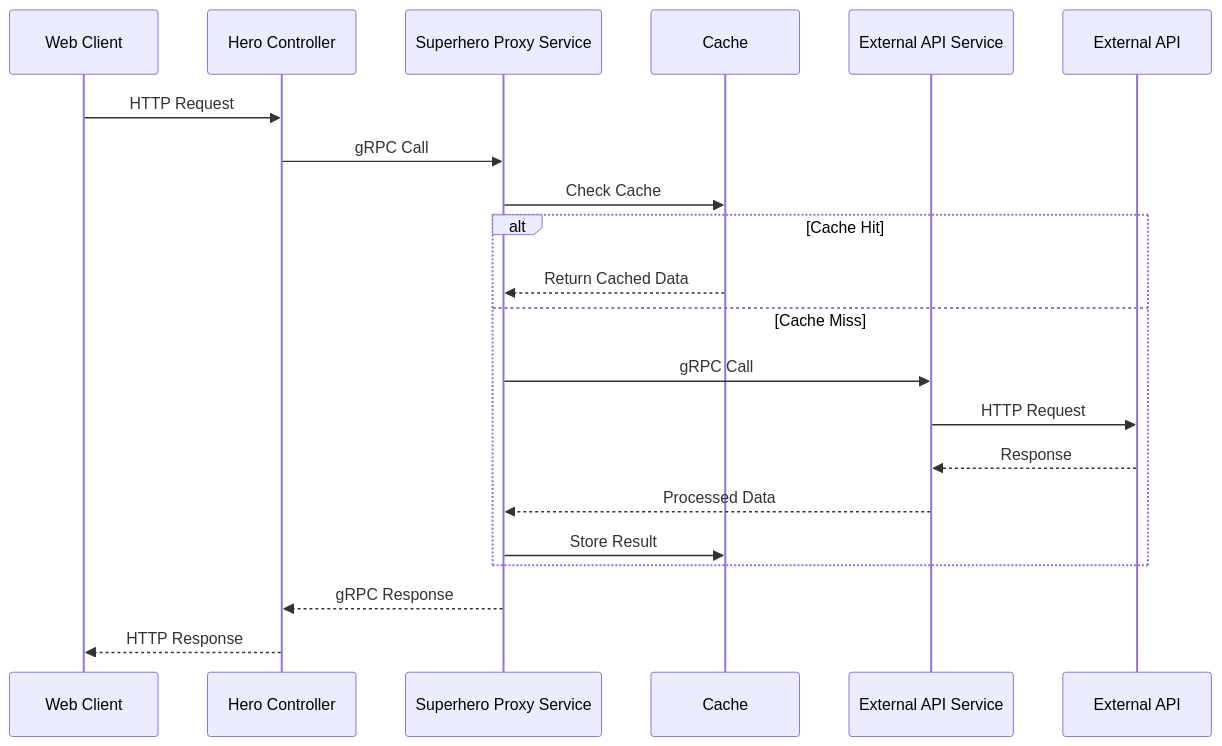
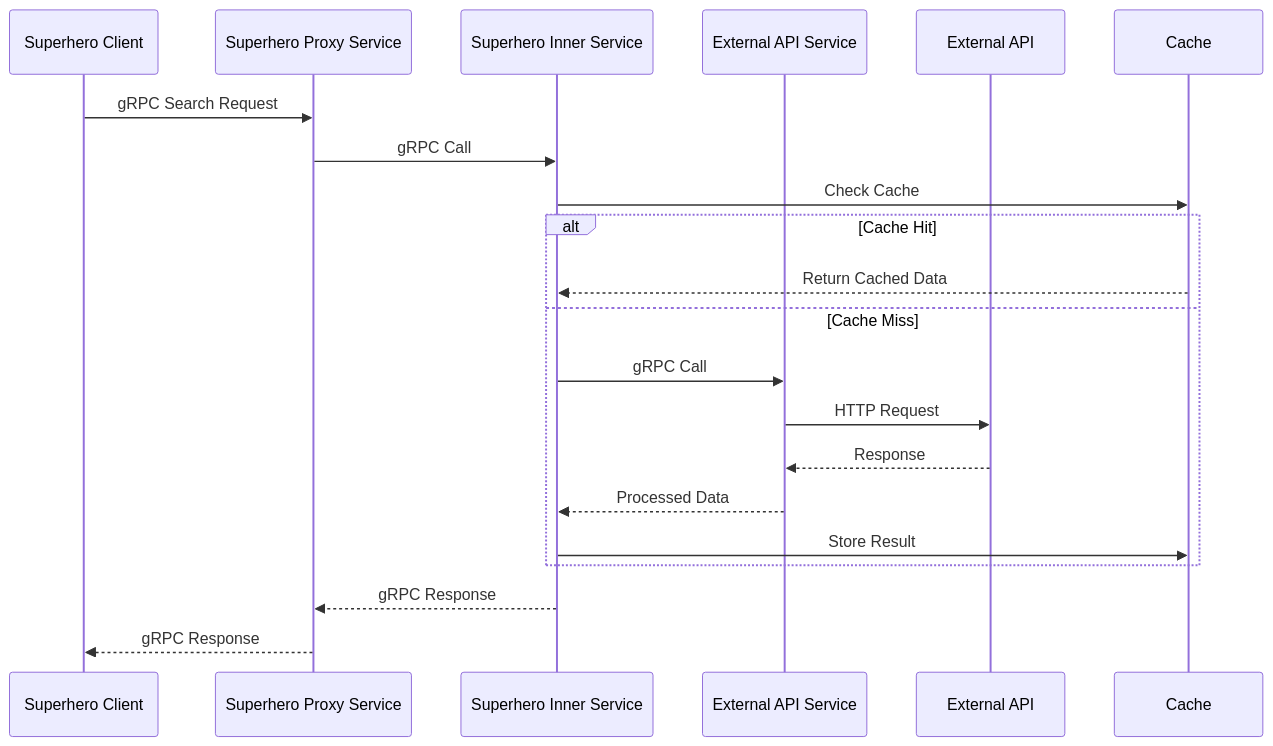
The second of 4 diagrams in docs/architecture.md (jackiedlh/SuperHeroV3), drawn with Mermaid before and after one commit. The commit also changed other lines of this file, not shown here.

Commit message:
update architecture diagram

````diff
--- a/docs/architecture.md
+++ b/docs/architecture.md
@@ -36,24 +56,24 @@
 ```mermaid
 sequenceDiagram
-    participant Web as Web Client
-    participant HC as Hero Controller
+    participant SC as Superhero Client
     participant SPS as Superhero Proxy Service
-    participant Cache as Cache
+    participant SIS as Superhero Inner Service
     participant EAS as External API Service
     participant ExtAPI as External API
+    participant Cache as Cache
     
-    Web->>HC: HTTP Request
-    HC->>SPS: gRPC Call
-    SPS->>Cache: Check Cache
+    SC->>SPS: gRPC Search Request
+    SPS->>SIS: gRPC Call
+    SIS->>Cache: Check Cache
     alt Cache Hit
-        Cache-->>SPS: Return Cached Data
+        Cache-->>SIS: Return Cached Data
     else Cache Miss
-        SPS->>EAS: gRPC Call
+        SIS->>EAS: gRPC Call
         EAS->>ExtAPI: HTTP Request
         ExtAPI-->>EAS: Response
-        EAS-->>SPS: Processed Data
-        SPS->>Cache: Store Result
+        EAS-->>SIS: Processed Data
+        SIS->>Cache: Store Result
     end
-    SPS-->>HC: gRPC Response
-    HC-->>Web: HTTP Response
+    SIS-->>SPS: gRPC Response
+    SPS-->>SC: gRPC Response
 ```
````
